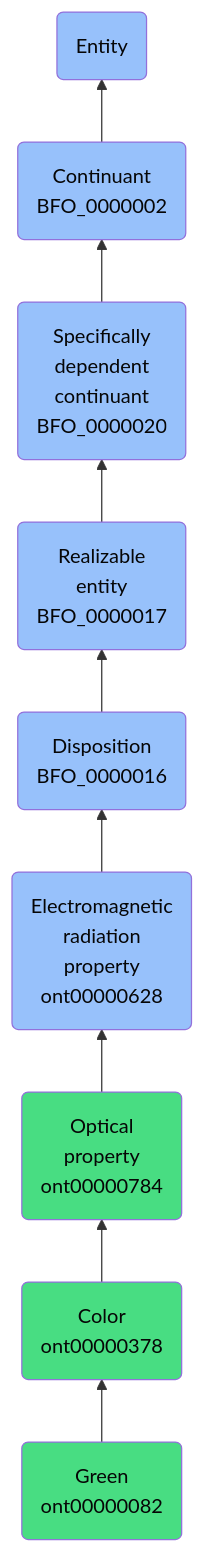
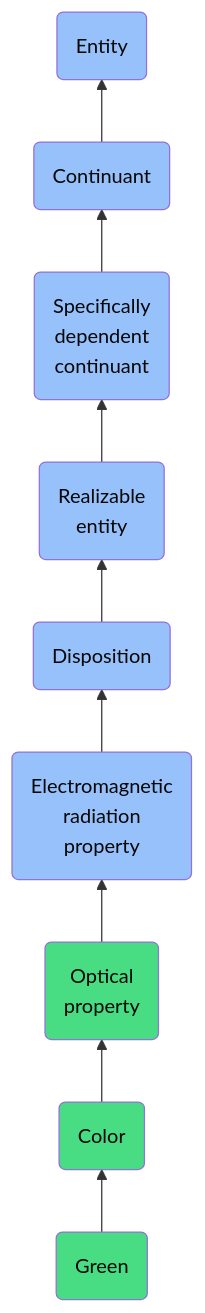
The diagram in docs/ontology/reference/model/Entity/Continuant/Specifically dependent continuant/Realizable entity/Disposition/Electromagnetic radiation property/Optical property/Color/Green/Green.md (jupyter-naas/abi), drawn with Mermaid before and after one commit. The commit also changed other lines of this file and 1430 other files, not shown here.

````diff
--- a/docs/ontology/reference/model/Entity/Continuant/Specifically dependent continuant/Realizable entity/Disposition/Electromagnetic radiation property/Optical property/Color/Green/Green.md
+++ b/docs/ontology/reference/model/Entity/Continuant/Specifically dependent continuant/Realizable entity/Disposition/Electromagnetic radiation property/Optical property/Color/Green/Green.md
@@ -24,16 +24,16 @@
 ```mermaid
 graph BT
-    ont00000082(Green<br>ont00000082):::ABI-->ont00000378
-    ont00000378(Color<br>ont00000378):::ABI-->ont00000784
-    ont00000784(Optical<br>property<br>ont00000784):::ABI-->ont00000628
-    ont00000628(Electromagnetic<br>radiation<br>property<br>ont00000628):::BFO-->BFO_0000016
-    BFO_0000016(Disposition<br>BFO_0000016):::BFO-->BFO_0000017
-    BFO_0000017(Realizable<br>entity<br>BFO_0000017):::BFO-->BFO_0000020
-    BFO_0000020(Specifically<br>dependent<br>continuant<br>BFO_0000020):::BFO-->BFO_0000002
-    BFO_0000002(Continuant<br>BFO_0000002):::BFO-->BFO_0000001
+    ont00000082(Green):::ABI-->ont00000378
+    ont00000378(Color):::ABI-->ont00000784
+    ont00000784(Optical<br>property):::ABI-->ont00000628
+    ont00000628(Electromagnetic<br>radiation<br>property):::BFO-->BFO_0000016
+    BFO_0000016(Disposition):::BFO-->BFO_0000017
+    BFO_0000017(Realizable<br>entity):::BFO-->BFO_0000020
+    BFO_0000020(Specifically<br>dependent<br>continuant):::BFO-->BFO_0000002
+    BFO_0000002(Continuant):::BFO-->BFO_0000001
     BFO_0000001(Entity):::BFO
     
     classDef BFO fill:#97c1fb,color:#060606
     classDef CCO fill:#e4c51e,color:#060606
     classDef ABI fill:#48DD82,color:#060606
 ```
````
